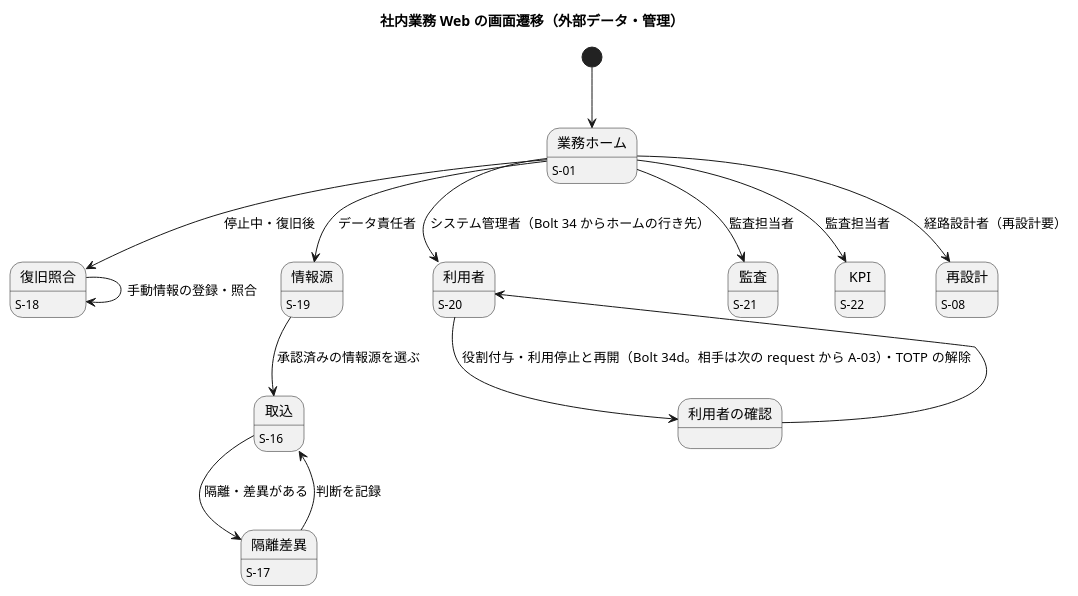
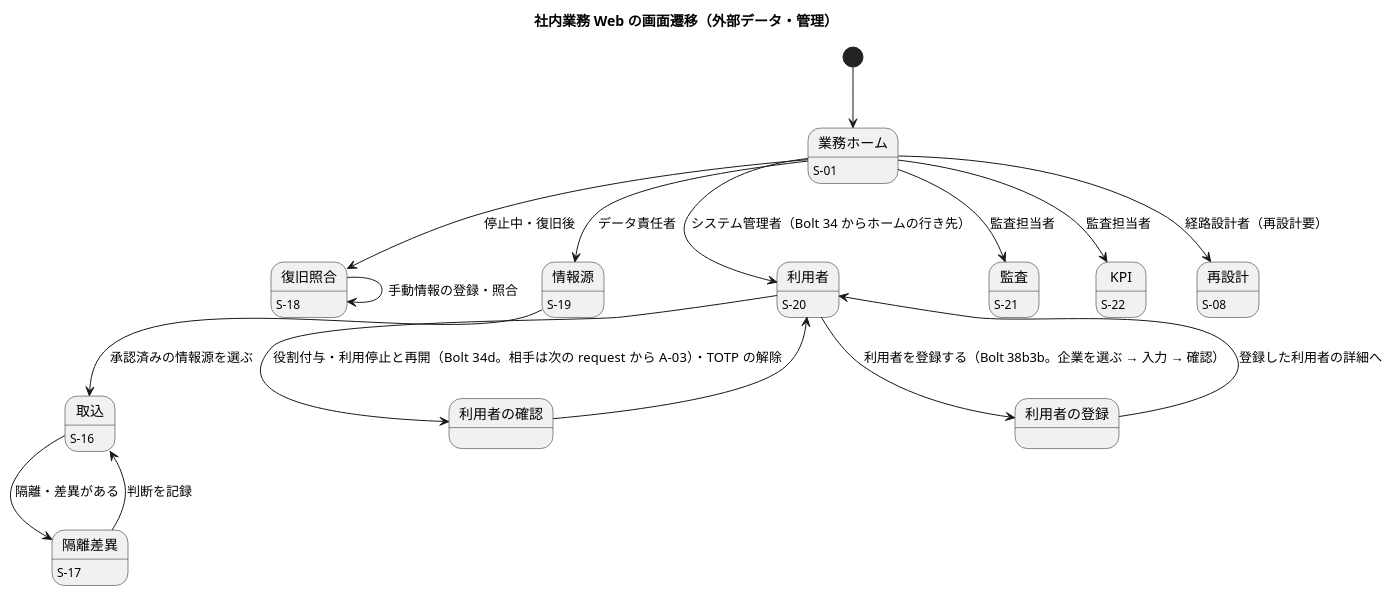
The seventh of 41 diagrams in docs/design/cargo-tracker/ui_design.md (k2works/practical-domain-driven-design-in-enterpris-application), drawn with PlantUML before and after one commit. The commit also changed other lines of this file and 33 other files, not shown here.

````diff
--- a/docs/design/cargo-tracker/ui_design.md
+++ b/docs/design/cargo-tracker/ui_design.md
@@ -493,28 +496,30 @@
 ```plantuml
 @startuml
 title 社内業務 Web の画面遷移（外部データ・管理）
 [*] --> 業務ホーム
 業務ホーム : S-01
 取込 : S-16
 隔離差異 : S-17
 復旧照合 : S-18
 情報源 : S-19
 利用者 : S-20
 監査 : S-21
 KPI : S-22
 再設計 : S-08
 
 業務ホーム --> 情報源 : データ責任者
 情報源 --> 取込 : 承認済みの情報源を選ぶ
 取込 --> 隔離差異 : 隔離・差異がある
 隔離差異 --> 取込 : 判断を記録
 業務ホーム --> 復旧照合 : 停止中・復旧後
 復旧照合 --> 復旧照合 : 手動情報の登録・照合
 業務ホーム --> 再設計 : 経路設計者（再設計要）
 業務ホーム --> 利用者 : システム管理者（Bolt 34 からホームの行き先）
 利用者 --> 利用者の確認 : 役割付与・利用停止と再開（Bolt 34d。相手は次の request から A-03）・TOTP の解除
+利用者 --> 利用者の登録 : 利用者を登録する（Bolt 38b3b。企業を選ぶ → 入力 → 確認）
+利用者の登録 --> 利用者 : 登録した利用者の詳細へ
 利用者の確認 --> 利用者
 業務ホーム --> 監査 : 監査担当者
 業務ホーム --> KPI : 監査担当者
 @enduml
 ```
````
